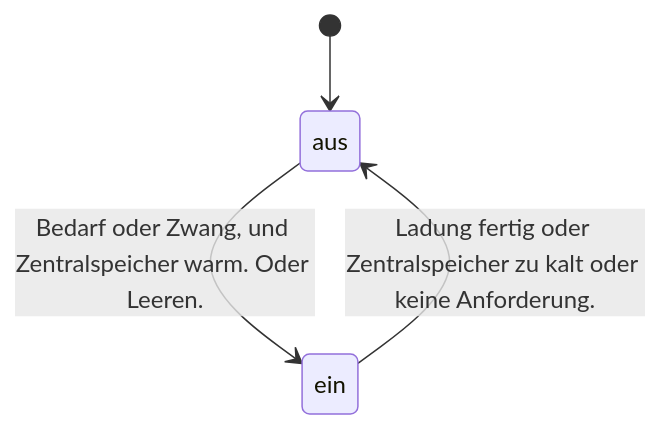
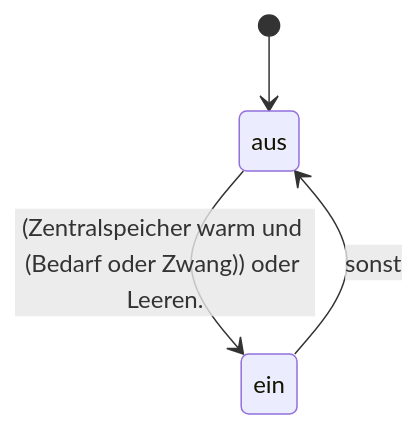
The diagram in steuerung_automatik/zero-software/doc/statemachine_HsmPumpe.md (petermaerki/puenterswis_heizung_2023_git), drawn with Mermaid before and after one commit. The commit also changed 6 other files, not shown here.

````diff
--- a/steuerung_automatik/zero-software/doc/statemachine_HsmPumpe.md
+++ b/steuerung_automatik/zero-software/doc/statemachine_HsmPumpe.md
@@ -1,13 +1,13 @@
 ```mermaid
 stateDiagram-v2
     aus: aus
     state aus
 
     ein: ein
     state ein
     [*] --> aus
 
     %% Transitions
-    aus --> ein: Bedarf oder Zwang, und Zentralspeicher warm. Oder Leeren.
-    ein --> aus: Ladung fertig oder Zentralspeicher zu kalt oder keine Anforderung.
+    aus --> ein: (Zentralspeicher warm und (Bedarf oder Zwang)) oder Leeren.
+    ein --> aus: sonst
 ```
````
